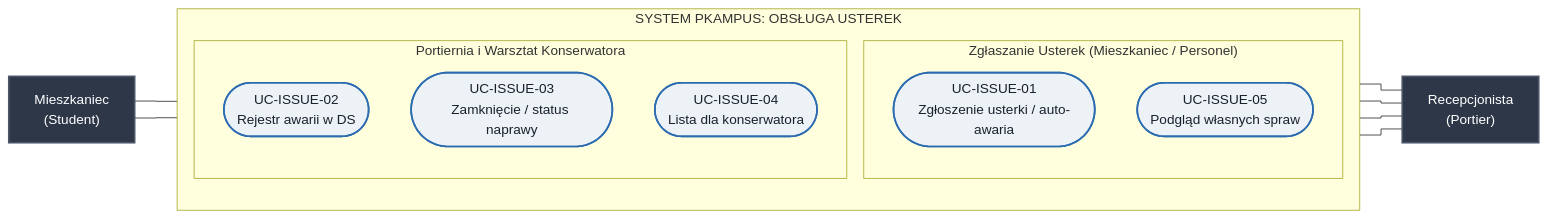
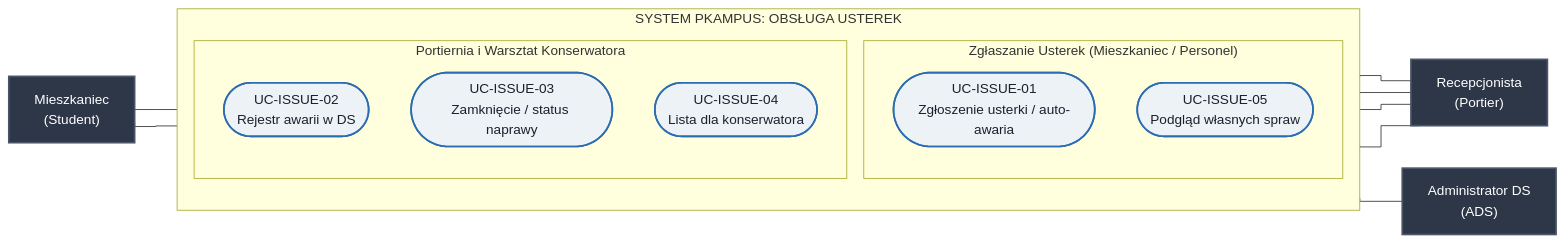
The fifth of 8 diagrams in Docs/Diagramy_Przypadkow_Uzycia.md (Buczy8/PKampus), drawn with Mermaid before and after one commit. The commit also changed other lines of this file and 4 other files, not shown here.

Commit message:
docs: update use case diagrams and database model for room booking and maintenance features

````diff
--- a/Docs/Diagramy_Przypadkow_Uzycia.md
+++ b/Docs/Diagramy_Przypadkow_Uzycia.md
@@ -181,35 +189,37 @@
 ```mermaid
 %%{init: {'flowchart': {'curve': 'stepBefore'}}}%%
 flowchart LR
     classDef studentStyle fill:#2d3748,stroke:#4a5568,stroke-width:2px,color:#fff;
     classDef staffStyle fill:#2d3748,stroke:#4a5568,stroke-width:2px,color:#fff;
     classDef ucStyle fill:#edf2f7,stroke:#2b6cb0,stroke-width:2px,color:#1a202c;
 
     Student["Mieszkaniec<br/>(Student)"]:::studentStyle
 
     subgraph System_Issues ["SYSTEM PKAMPUS: OBSŁUGA USTEREK"]
         direction TB
         subgraph Strefa_Zgloszen ["Zgłaszanie Usterek (Mieszkaniec / Personel)"]
             UC_ISSUE_01(["UC-ISSUE-01<br/>Zgłoszenie usterki / auto-awaria"]):::ucStyle
             UC_ISSUE_05(["UC-ISSUE-05<br/>Podgląd własnych spraw"]):::ucStyle
         end
 
         subgraph Strefa_Warsztatu ["Portiernia i Warsztat Konserwatora"]
             UC_ISSUE_02(["UC-ISSUE-02<br/>Rejestr awarii w DS"]):::ucStyle
             UC_ISSUE_03(["UC-ISSUE-03<br/>Zamknięcie / status naprawy"]):::ucStyle
             UC_ISSUE_04(["UC-ISSUE-04<br/>Lista dla konserwatora"]):::ucStyle
         end
     end
 
     Portier["Recepcjonista<br/>(Portier)"]:::staffStyle
+    AdminDS["Administrator DS<br/>(ADS)"]:::staffStyle
 
     %% Relacje mieszkańca po lewej stronie
     Student --- UC_ISSUE_01
     Student --- UC_ISSUE_05
 
     %% Relacje personelu po prawej stronie (warsztat oraz zgłaszanie awarii części wspólnych / auto-zgłoszenie)
     UC_ISSUE_01 --- Portier
+    UC_ISSUE_01 --- AdminDS
     UC_ISSUE_02 --- Portier
     UC_ISSUE_03 --- Portier
     UC_ISSUE_04 --- Portier
 ```
````
